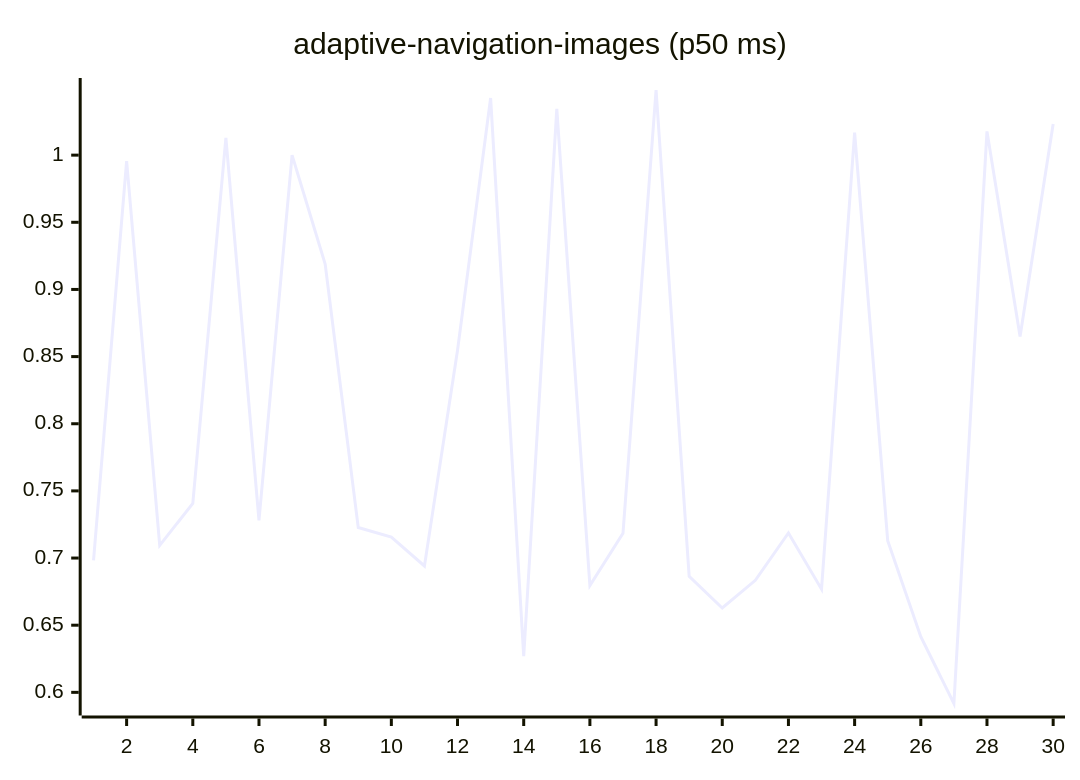
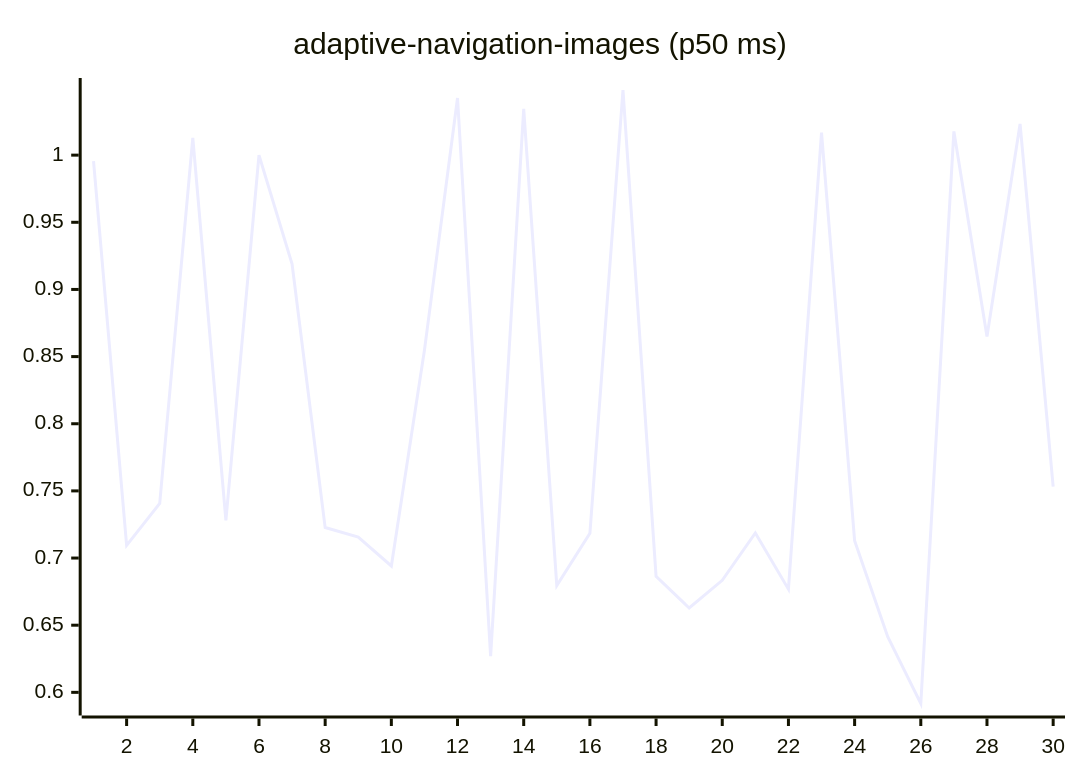
The first of 27 diagrams in README.md (josha/Facet), drawn with Mermaid before and after one commit. The commit also changed other lines of this file and 2 other files, not shown here.

````diff
--- a/README.md
+++ b/README.md
@@ -63,6 +63,6 @@
 ```mermaid
 xychart-beta
     title "adaptive-navigation-images (p50 ms)"
     x-axis 1 --> 30
-    line [0.6983, 0.9956, 0.7094, 0.7407, 1.0129, 0.7280, 1.0000, 0.9189, 0.7227, 0.7156, 0.6941, 0.8547, 1.0425, 0.6269, 1.0344, 0.6795, 0.7184, 1.0485, 0.6864, 0.6628, 0.6834, 0.7187, 0.6768, 1.0168, 0.7129, 0.6414, 0.5917, 1.0177, 0.8650, 1.0232]
+    line [0.9956, 0.7094, 0.7407, 1.0129, 0.7280, 1.0000, 0.9189, 0.7227, 0.7156, 0.6941, 0.8547, 1.0425, 0.6269, 1.0344, 0.6795, 0.7184, 1.0485, 0.6864, 0.6628, 0.6834, 0.7187, 0.6768, 1.0168, 0.7129, 0.6414, 0.5917, 1.0177, 0.8650, 1.0232, 0.7532]
 ```
````
